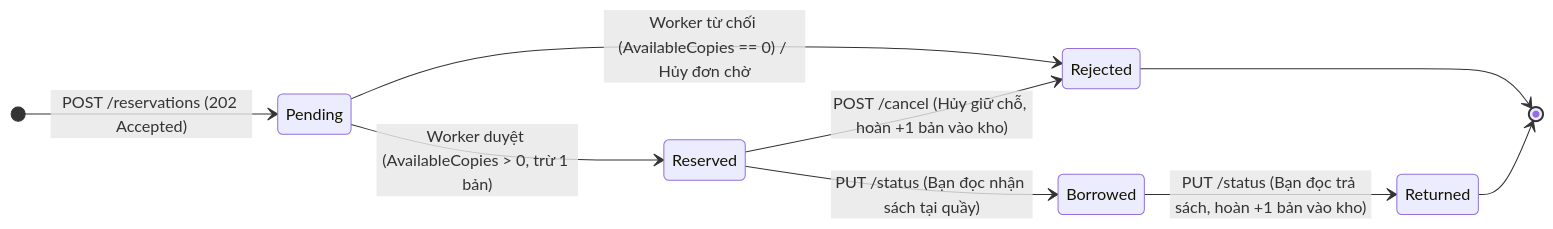
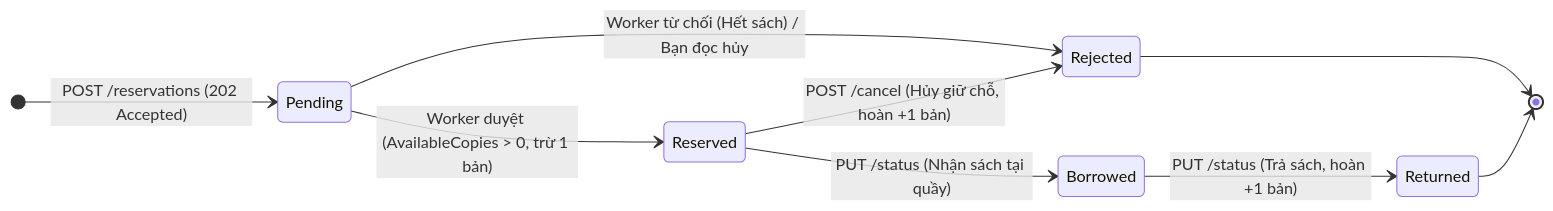
Before and after one commit to azmedia2006/distributed-library-reservation-v2: the diagram in README.md, drawn with Mermaid. The commit also changed other lines of this file and 7 other files, not shown here.

````diff
--- a/README.md
+++ b/README.md
@@ -135,12 +43,12 @@
 ```mermaid
 stateDiagram-v2
     direction LR
     [*] --> Pending : POST /reservations (202 Accepted)
     Pending --> Reserved : Worker duyệt (AvailableCopies > 0, trừ 1 bản)
-    Pending --> Rejected : Worker từ chối (AvailableCopies == 0) / Hủy đơn chờ
-    Reserved --> Borrowed : PUT /status (Bạn đọc nhận sách tại quầy)
-    Reserved --> Rejected : POST /cancel (Hủy giữ chỗ, hoàn +1 bản vào kho)
-    Borrowed --> Returned : PUT /status (Bạn đọc trả sách, hoàn +1 bản vào kho)
+    Pending --> Rejected : Worker từ chối (Hết sách) / Bạn đọc hủy
+    Reserved --> Borrowed : PUT /status (Nhận sách tại quầy)
+    Reserved --> Rejected : POST /cancel (Hủy giữ chỗ, hoàn +1 bản)
+    Borrowed --> Returned : PUT /status (Trả sách, hoàn +1 bản)
     Rejected --> [*]
     Returned --> [*]
 ```
````
